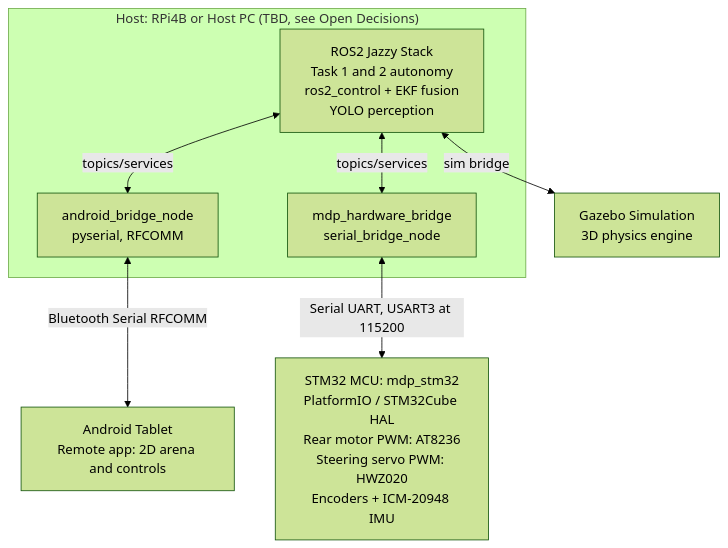
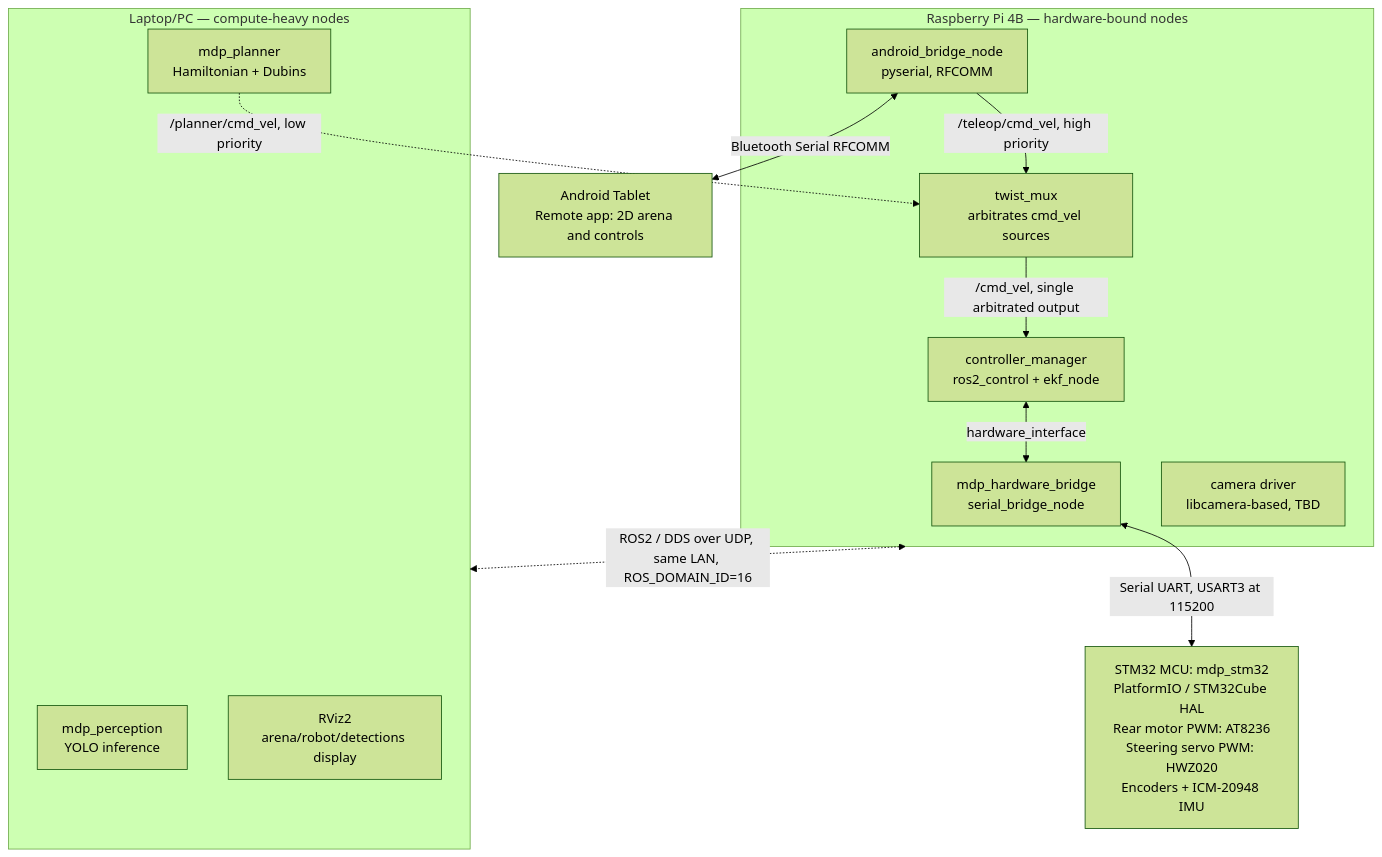
One commit to xushuwei281/SC2079-Group-16- changed the diagram in raspberry-pi/ros2_ws/ARCHITECTURE.md. Above: the diagram before and after it, drawn with Mermaid (forest theme). The commit also changed other lines of this file and 2 other files, not shown here.

Commit message:
Drop Gazebo, add twist_mux for teleop/planner command arbitration

````diff
--- a/raspberry-pi/ros2_ws/ARCHITECTURE.md
+++ b/raspberry-pi/ros2_ws/ARCHITECTURE.md
@@ -18,18 +25,28 @@
 ```mermaid
 flowchart TB
-    subgraph Host["Host: RPi4B or Host PC (TBD, see Open Decisions)"]
-        ROS["ROS2 Jazzy Stack<br/>Task 1 and 2 autonomy<br/>ros2_control + EKF fusion<br/>YOLO perception"]
+    subgraph Pi["Raspberry Pi 4B — hardware-bound nodes"]
+        HWBridge["mdp_hardware_bridge<br/>serial_bridge_node"]
+        TwistMux["twist_mux<br/>arbitrates cmd_vel sources"]
+        CtrlMgr["controller_manager<br/>ros2_control + ekf_node"]
         AndroidBridge["android_bridge_node<br/>pyserial, RFCOMM"]
-        HWBridge["mdp_hardware_bridge<br/>serial_bridge_node"]
-        ROS <-->|topics/services| AndroidBridge
-        ROS <-->|topics/services| HWBridge
+        CamDriver["camera driver<br/>libcamera-based, TBD"]
+        AndroidBridge -->|/teleop/cmd_vel, high priority| TwistMux
+        TwistMux -->|/cmd_vel, single arbitrated output| CtrlMgr
+        CtrlMgr <-->|hardware_interface| HWBridge
     end
 
-    Gazebo["Gazebo Simulation<br/>3D physics engine"]
+    subgraph PC["Laptop/PC — compute-heavy nodes"]
+        Perception["mdp_perception<br/>YOLO inference"]
+        Planner["mdp_planner<br/>Hamiltonian + Dubins"]
+        RViz["RViz2<br/>arena/robot/detections display"]
+    end
+
+    Planner -.->|/planner/cmd_vel, low priority| TwistMux
+    Pi <-.->|ROS2 / DDS over UDP, same LAN, ROS_DOMAIN_ID=16| PC
+
     STM32["STM32 MCU: mdp_stm32<br/>PlatformIO / STM32Cube HAL<br/>Rear motor PWM: AT8236<br/>Steering servo PWM: HWZ020<br/>Encoders + ICM-20948 IMU"]
     Android["Android Tablet<br/>Remote app: 2D arena and controls"]
 
-    ROS <-->|sim bridge| Gazebo
     HWBridge <-->|Serial UART, USART3 at 115200| STM32
     AndroidBridge <-->|Bluetooth Serial RFCOMM| Android
 ```
````
